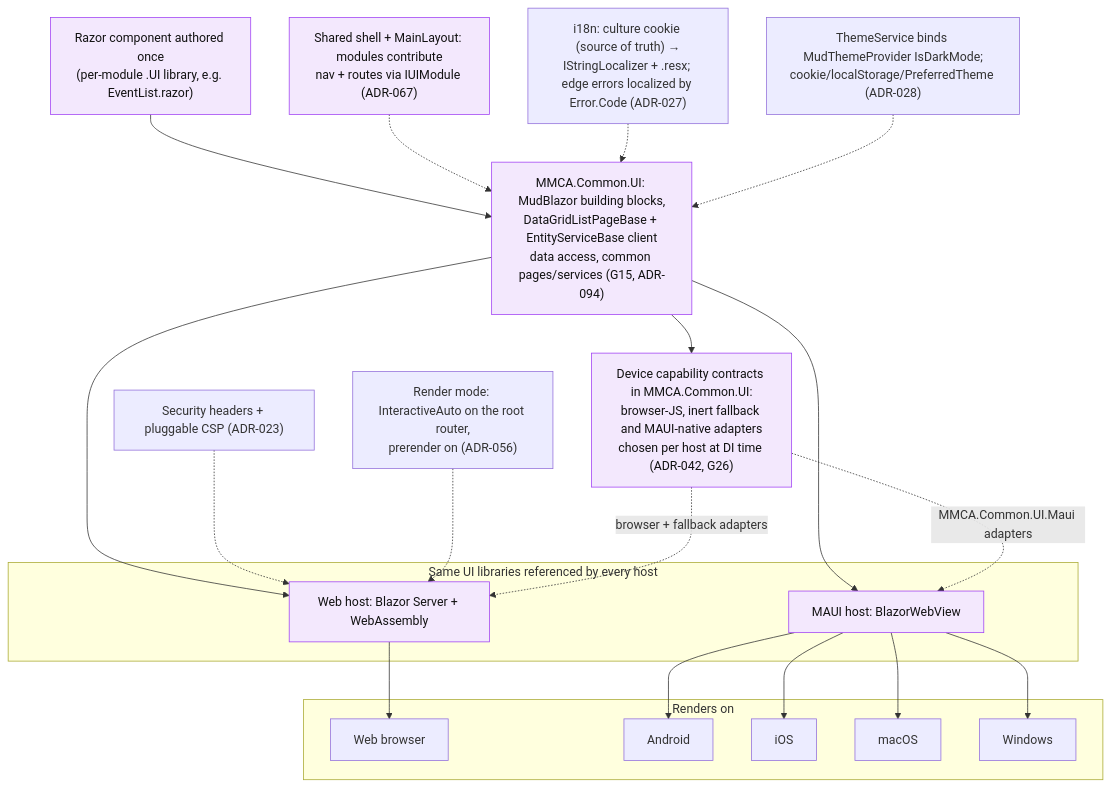
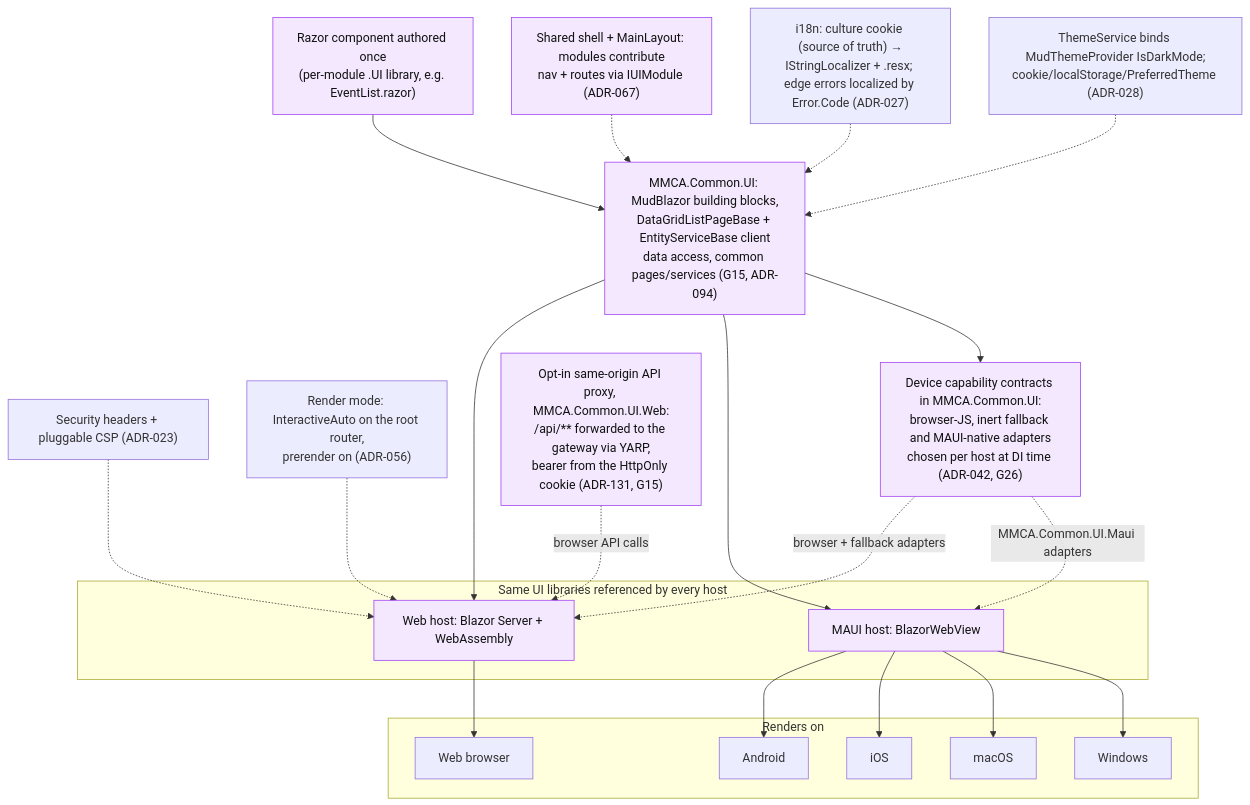
Before and after one commit to ivanball/ivanball.github.io: diagram 11 of 15 in docs-src/onboarding/CONCEPT-MAPS.md, drawn with Mermaid. The commit also changed other lines of this file and 81 other files, not shown here.

````diff
--- a/docs-src/onboarding/CONCEPT-MAPS.md
+++ b/docs-src/onboarding/CONCEPT-MAPS.md
@@ -617,42 +631,44 @@
 ```mermaid
 flowchart TD
     PAGE["Razor component authored once<br/>(per-module .UI library, e.g. EventList.razor)"]
     COMMONUI["MMCA.Common.UI: MudBlazor building blocks,<br/>DataGridListPageBase + EntityServiceBase client<br/>data access, common pages/services (G15, ADR-094)"]
     SHELL["Shared shell + MainLayout: modules contribute<br/>nav + routes via IUIModule (ADR-067)"]
 
     subgraph HOSTS["Same UI libraries referenced by every host"]
         WEB["Web host: Blazor Server + WebAssembly"]
         MAUI["MAUI host: BlazorWebView"]
     end
 
     subgraph TARGETS["Renders on"]
         BROWSER["Web browser"]
         AND["Android"]
         IOS["iOS"]
         MAC["macOS"]
         WIN["Windows"]
     end
 
     I18N["i18n: culture cookie (source of truth) →<br/>IStringLocalizer + .resx; edge errors localized by Error.Code (ADR-027)"]
     THEME["ThemeService binds MudThemeProvider IsDarkMode;<br/>cookie/localStorage/PreferredTheme (ADR-028)"]
     CSP["Security headers + pluggable CSP (ADR-023)"]
     RM["Render mode: InteractiveAuto on the root router,<br/>prerender on (ADR-056)"]
     CAP["Device capability contracts in MMCA.Common.UI:<br/>browser-JS, inert fallback and MAUI-native adapters<br/>chosen per host at DI time (ADR-042, G26)"]
+    BFF["Opt-in same-origin API proxy, MMCA.Common.UI.Web:<br/>/api/** forwarded to the gateway via YARP,<br/>bearer from the HttpOnly cookie (ADR-131, G15)"]
 
     PAGE --> COMMONUI
     COMMONUI --> WEB
     COMMONUI --> MAUI
     WEB --> BROWSER
     MAUI --> AND & IOS & MAC & WIN
     SHELL -.-> COMMONUI
     I18N -.-> COMMONUI
     THEME -.-> COMMONUI
     CSP -.-> WEB
     RM -.-> WEB
     COMMONUI --> CAP
     CAP -.->|"browser + fallback adapters"| WEB
     CAP -.->|"MMCA.Common.UI.Maui adapters"| MAUI
+    BFF -.->|"browser API calls"| WEB
 
     classDef u fill:#f3e8fd,stroke:#a142f4,color:#111
-    class PAGE,COMMONUI,SHELL,WEB,MAUI,CAP u
+    class PAGE,COMMONUI,SHELL,WEB,MAUI,CAP,BFF u
 ```
````
